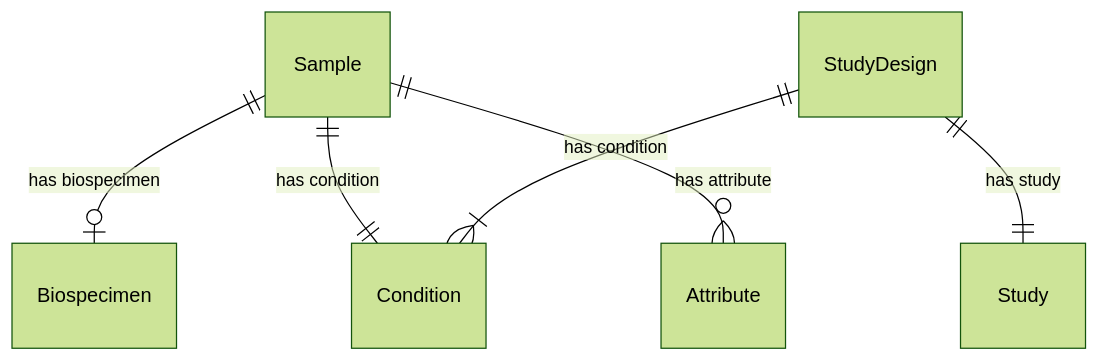
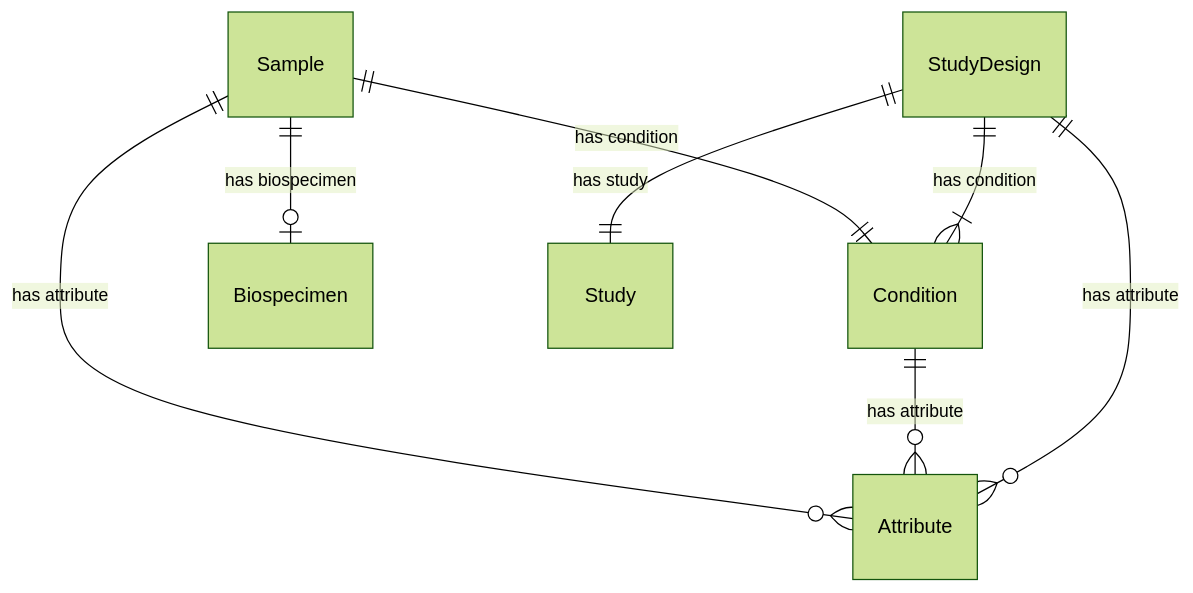
Before and after one commit to ghga-de/ghga-metadata-schema: the fourth of 7 diagrams in docs/entity_relations.md, drawn with Mermaid (forest theme). The commit also changed other lines of this file and 7 other files, not shown here.

````diff
--- a/docs/entity_relations.md
+++ b/docs/entity_relations.md
@@ -216,19 +219,21 @@
 ```mermaid
 erDiagram
 Sample {
 
 }
 Condition {
 
 }
 StudyDesign {
 
 }
 
 Sample ||--|o Biospecimen : "has biospecimen"
 Sample ||--|| Condition : "has condition"
 Sample ||--}o Attribute : "has attribute"
+Condition ||--}o Attribute : "has attribute"
 StudyDesign ||--|| Study : "has study"
 StudyDesign ||--}| Condition : "has condition"
+StudyDesign ||--}o Attribute : "has attribute"
 
 ```
````
